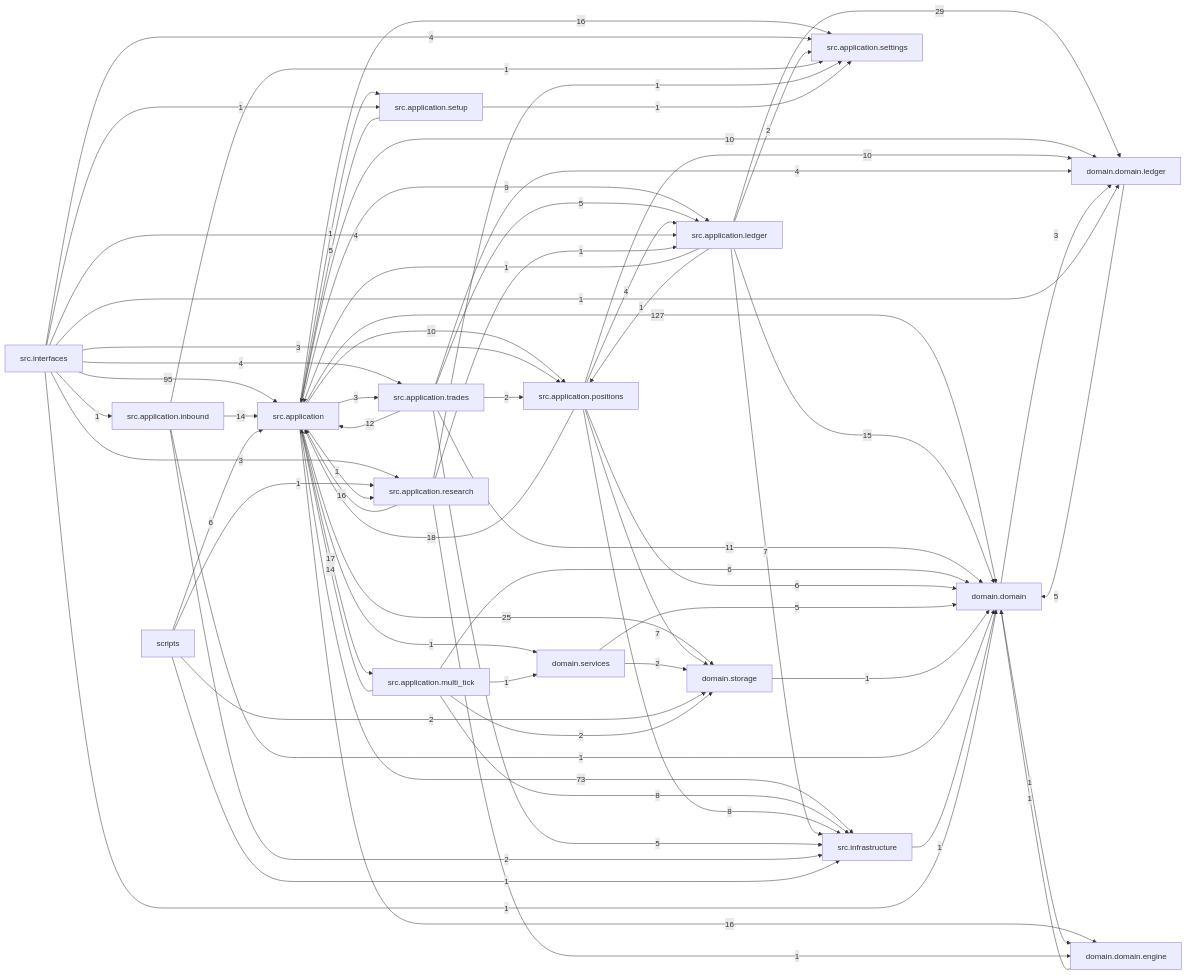
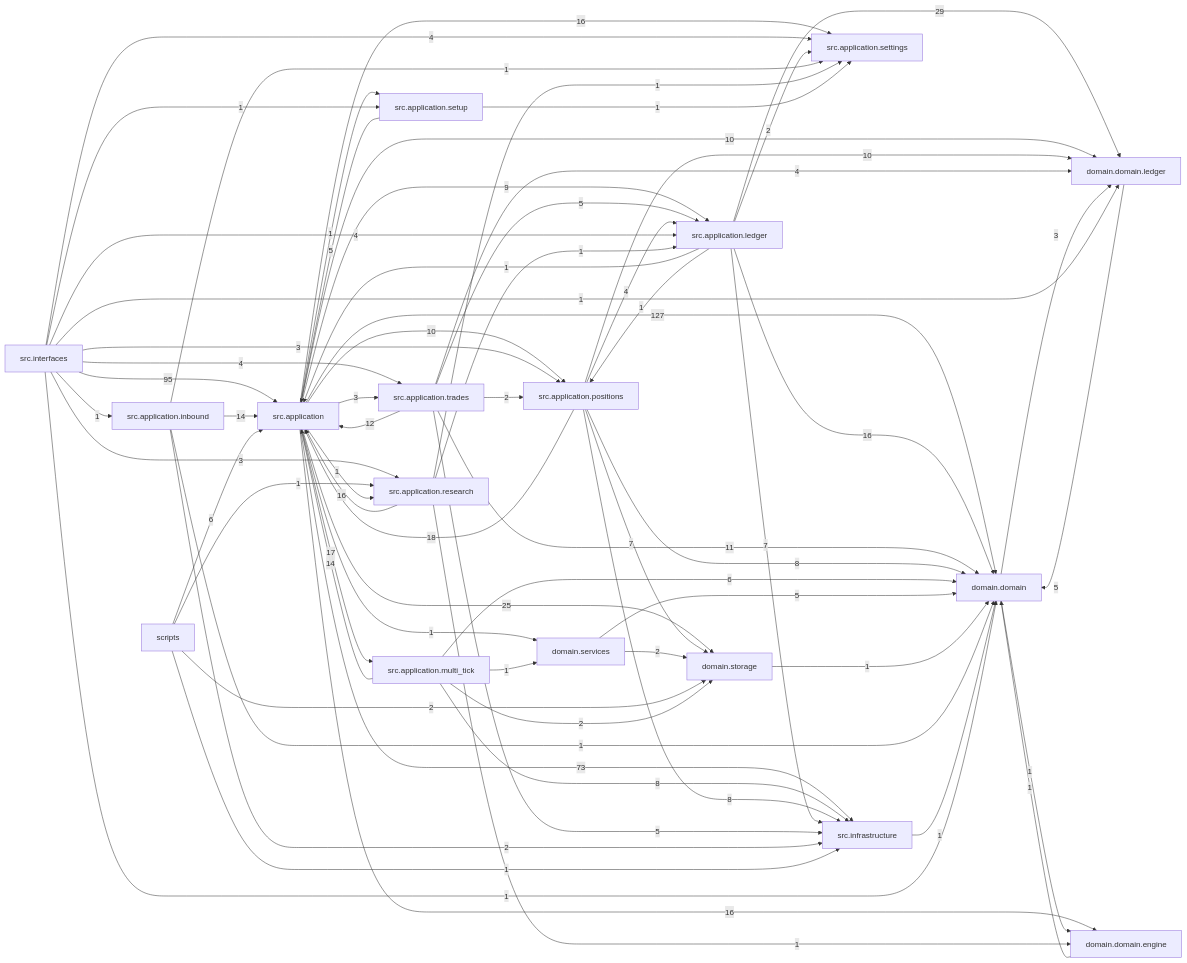
One commit to liuxie066/options-monitor changed the diagram in docs/dependency_graph.mmd. Above: the diagram before and after it, drawn with Mermaid. The commit also changed 22 other files, not shown here.

```diff
--- a/docs/dependency_graph.mmd
+++ b/docs/dependency_graph.mmd
@@ -1,69 +1,69 @@
 flowchart LR
   src_application["src.application"] -->|127| domain_domain["domain.domain"]
   src_interfaces["src.interfaces"] -->|95| src_application["src.application"]
   src_application["src.application"] -->|73| src_infrastructure["src.infrastructure"]
   src_application_ledger["src.application.ledger"] -->|29| domain_domain_ledger["domain.domain.ledger"]
   src_application["src.application"] -->|25| domain_storage["domain.storage"]
   src_application_positions["src.application.positions"] -->|18| src_application["src.application"]
   src_application["src.application"] -->|17| src_application_multi_tick["src.application.multi_tick"]
   src_application["src.application"] -->|16| domain_domain_engine["domain.domain.engine"]
   src_application["src.application"] -->|16| src_application_settings["src.application.settings"]
+  src_application_ledger["src.application.ledger"] -->|16| domain_domain["domain.domain"]
   src_application_research["src.application.research"] -->|16| src_application["src.application"]
-  src_application_ledger["src.application.ledger"] -->|15| domain_domain["domain.domain"]
   src_application_inbound["src.application.inbound"] -->|14| src_application["src.application"]
   src_application_multi_tick["src.application.multi_tick"] -->|14| src_application["src.application"]
   src_application_trades["src.application.trades"] -->|12| src_application["src.application"]
   src_application_trades["src.application.trades"] -->|11| domain_domain["domain.domain"]
   src_application["src.application"] -->|10| domain_domain_ledger["domain.domain.ledger"]
   src_application["src.application"] -->|10| src_application_positions["src.application.positions"]
   src_application_positions["src.application.positions"] -->|10| domain_domain_ledger["domain.domain.ledger"]
   src_application["src.application"] -->|9| src_application_ledger["src.application.ledger"]
   src_application_multi_tick["src.application.multi_tick"] -->|8| src_infrastructure["src.infrastructure"]
+  src_application_positions["src.application.positions"] -->|8| domain_domain["domain.domain"]
   src_application_positions["src.application.positions"] -->|8| src_infrastructure["src.infrastructure"]
   src_application_ledger["src.application.ledger"] -->|7| src_infrastructure["src.infrastructure"]
   src_application_positions["src.application.positions"] -->|7| domain_storage["domain.storage"]
   scripts["scripts"] -->|6| src_application["src.application"]
   src_application_multi_tick["src.application.multi_tick"] -->|6| domain_domain["domain.domain"]
-  src_application_positions["src.application.positions"] -->|6| domain_domain["domain.domain"]
   domain_domain_ledger["domain.domain.ledger"] -->|5| domain_domain["domain.domain"]
   domain_services["domain.services"] -->|5| domain_domain["domain.domain"]
   src_application_setup["src.application.setup"] -->|5| src_application["src.application"]
   src_application_trades["src.application.trades"] -->|5| src_application_ledger["src.application.ledger"]
   src_application_trades["src.application.trades"] -->|5| src_infrastructure["src.infrastructure"]
   src_application_positions["src.application.positions"] -->|4| src_application_ledger["src.application.ledger"]
   src_application_trades["src.application.trades"] -->|4| domain_domain_ledger["domain.domain.ledger"]
   src_interfaces["src.interfaces"] -->|4| src_application_ledger["src.application.ledger"]
   src_interfaces["src.interfaces"] -->|4| src_application_settings["src.application.settings"]
   src_interfaces["src.interfaces"] -->|4| src_application_trades["src.application.trades"]
   domain_domain["domain.domain"] -->|3| domain_domain_ledger["domain.domain.ledger"]
   src_application["src.application"] -->|3| src_application_trades["src.application.trades"]
   src_interfaces["src.interfaces"] -->|3| src_application_positions["src.application.positions"]
   src_interfaces["src.interfaces"] -->|3| src_application_research["src.application.research"]
   domain_services["domain.services"] -->|2| domain_storage["domain.storage"]
   scripts["scripts"] -->|2| domain_storage["domain.storage"]
   src_application_inbound["src.application.inbound"] -->|2| src_infrastructure["src.infrastructure"]
   src_application_ledger["src.application.ledger"] -->|2| src_application_settings["src.application.settings"]
   src_application_multi_tick["src.application.multi_tick"] -->|2| domain_storage["domain.storage"]
   src_application_trades["src.application.trades"] -->|2| src_application_positions["src.application.positions"]
   domain_domain["domain.domain"] -->|1| domain_domain_engine["domain.domain.engine"]
   domain_domain_engine["domain.domain.engine"] -->|1| domain_domain["domain.domain"]
   domain_storage["domain.storage"] -->|1| domain_domain["domain.domain"]
   scripts["scripts"] -->|1| src_application_research["src.application.research"]
   scripts["scripts"] -->|1| src_infrastructure["src.infrastructure"]
   src_application["src.application"] -->|1| domain_services["domain.services"]
   src_application["src.application"] -->|1| src_application_research["src.application.research"]
   src_application["src.application"] -->|1| src_application_setup["src.application.setup"]
   src_application_inbound["src.application.inbound"] -->|1| domain_domain["domain.domain"]
   src_application_inbound["src.application.inbound"] -->|1| src_application_settings["src.application.settings"]
   src_application_ledger["src.application.ledger"] -->|1| src_application["src.application"]
   src_application_ledger["src.application.ledger"] -->|1| src_application_positions["src.application.positions"]
   src_application_multi_tick["src.application.multi_tick"] -->|1| domain_services["domain.services"]
   src_application_research["src.application.research"] -->|1| domain_domain_engine["domain.domain.engine"]
   src_application_research["src.application.research"] -->|1| src_application_ledger["src.application.ledger"]
   src_application_research["src.application.research"] -->|1| src_application_settings["src.application.settings"]
   src_application_setup["src.application.setup"] -->|1| src_application_settings["src.application.settings"]
   src_infrastructure["src.infrastructure"] -->|1| domain_domain["domain.domain"]
   src_interfaces["src.interfaces"] -->|1| domain_domain["domain.domain"]
   src_interfaces["src.interfaces"] -->|1| domain_domain_ledger["domain.domain.ledger"]
   src_interfaces["src.interfaces"] -->|1| src_application_inbound["src.application.inbound"]
   src_interfaces["src.interfaces"] -->|1| src_application_setup["src.application.setup"]
```
